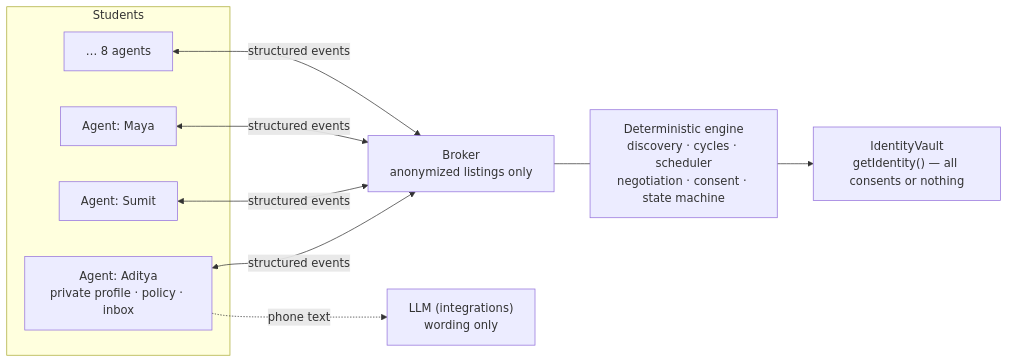
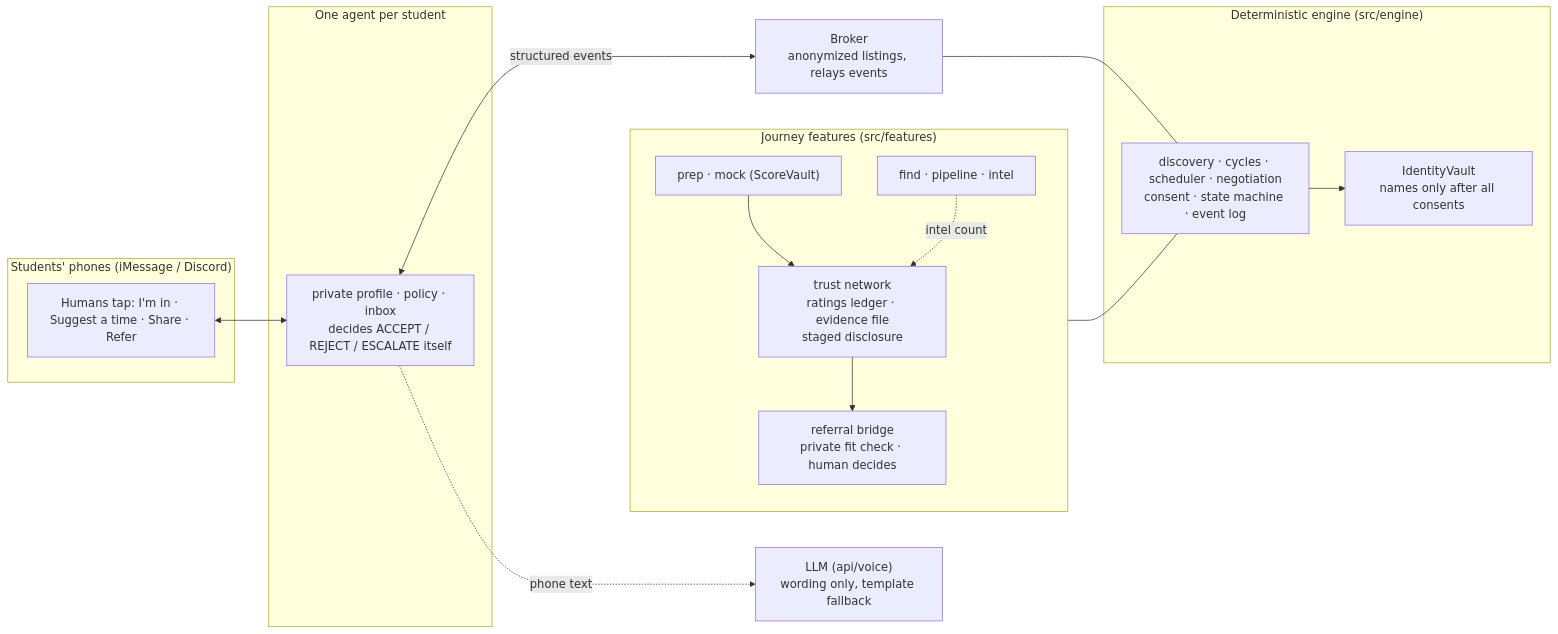
Before and after one commit to sgupt354/hirearchy-agents: the diagram in README.md, drawn with Mermaid. The commit also changed other lines of this file and 9 other files, not shown here.

````diff
--- a/README.md
+++ b/README.md
@@ -130,17 +200,29 @@
 ```mermaid
 flowchart LR
-  subgraph Students
-    A1["Agent: Aditya<br/>private profile · policy · inbox"]
-    A2["Agent: Sumit"]
-    A3["Agent: Maya"]
-    A8["… 8 agents"]
+  subgraph Phones["Students' phones (iMessage / Discord)"]
+    H["Humans tap: I'm in · Suggest a time · Share · Refer"]
   end
-  B["Broker<br/>anonymized listings only"]
-  E["Deterministic engine<br/>discovery · cycles · scheduler<br/>negotiation · consent · state machine"]
-  V["IdentityVault<br/>getIdentity() — all consents or nothing"]
-  L["LLM (integrations)<br/>wording only"]
-  A1 & A2 & A3 & A8 <-->|structured events| B
+  subgraph Agents["One agent per student"]
+    A["private profile · policy · inbox<br/>decides ACCEPT / REJECT / ESCALATE itself"]
+  end
+  B["Broker<br/>anonymized listings, relays events"]
+  subgraph Engine["Deterministic engine (src/engine)"]
+    E["discovery · cycles · scheduler · negotiation<br/>consent · state machine · event log"]
+    V["IdentityVault<br/>names only after all consents"]
+  end
+  subgraph Features["Journey features (src/features)"]
+    F1["find · pipeline · intel"]
+    F2["prep · mock (ScoreVault)"]
+    T["trust network<br/>ratings ledger · evidence file<br/>staged disclosure"]
+    R["referral bridge<br/>private fit check · human decides"]
+  end
+  L["LLM (api/voice)<br/>wording only, template fallback"]
+  H <--> A
+  A <-->|structured events| B
   B --- E
   E --> V
-  A1 -.->|phone text| L
+  F2 --> T --> R
+  F1 -.->|intel count| T
+  Features --- E
+  A -.->|phone text| L
 ```
````
